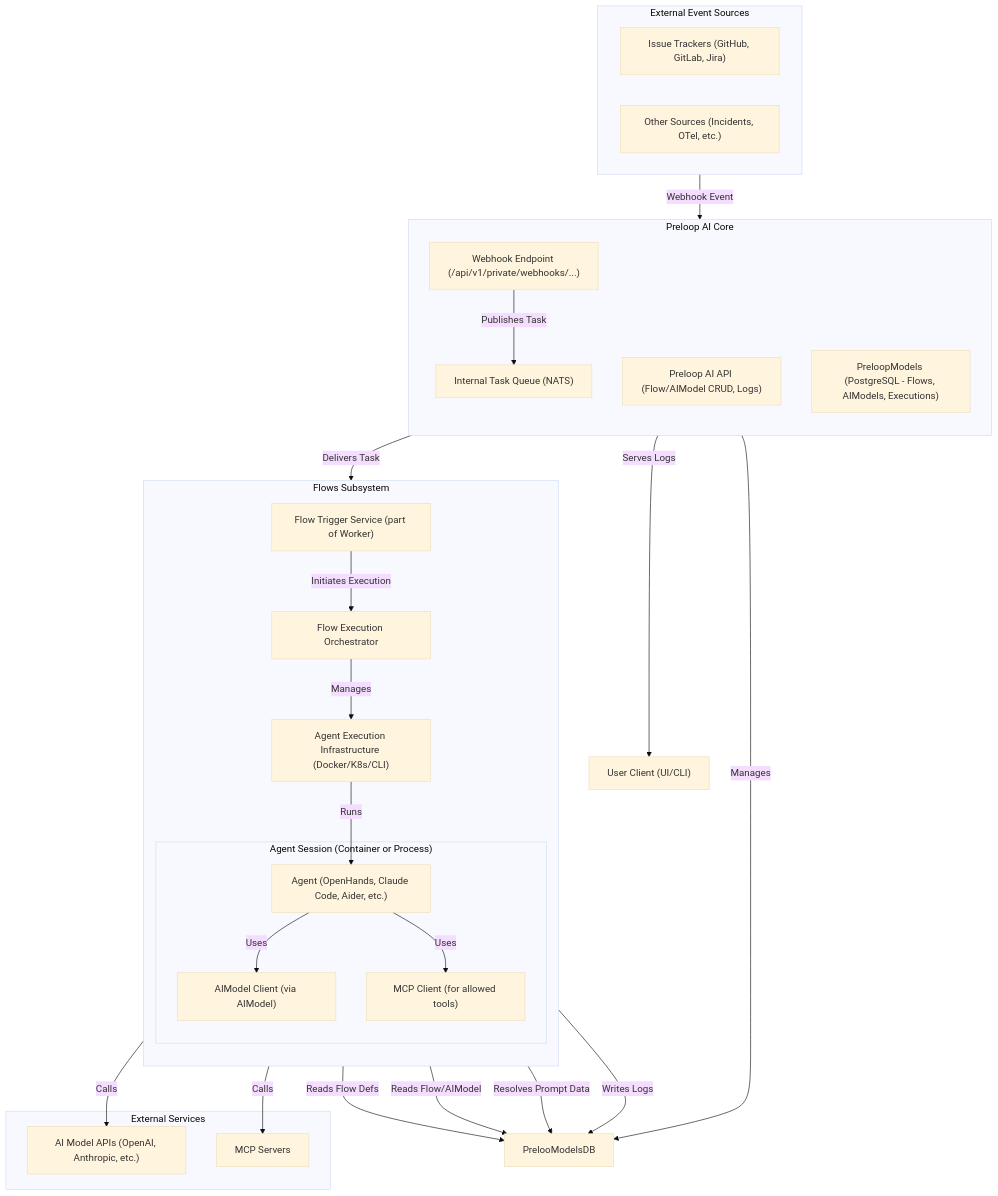
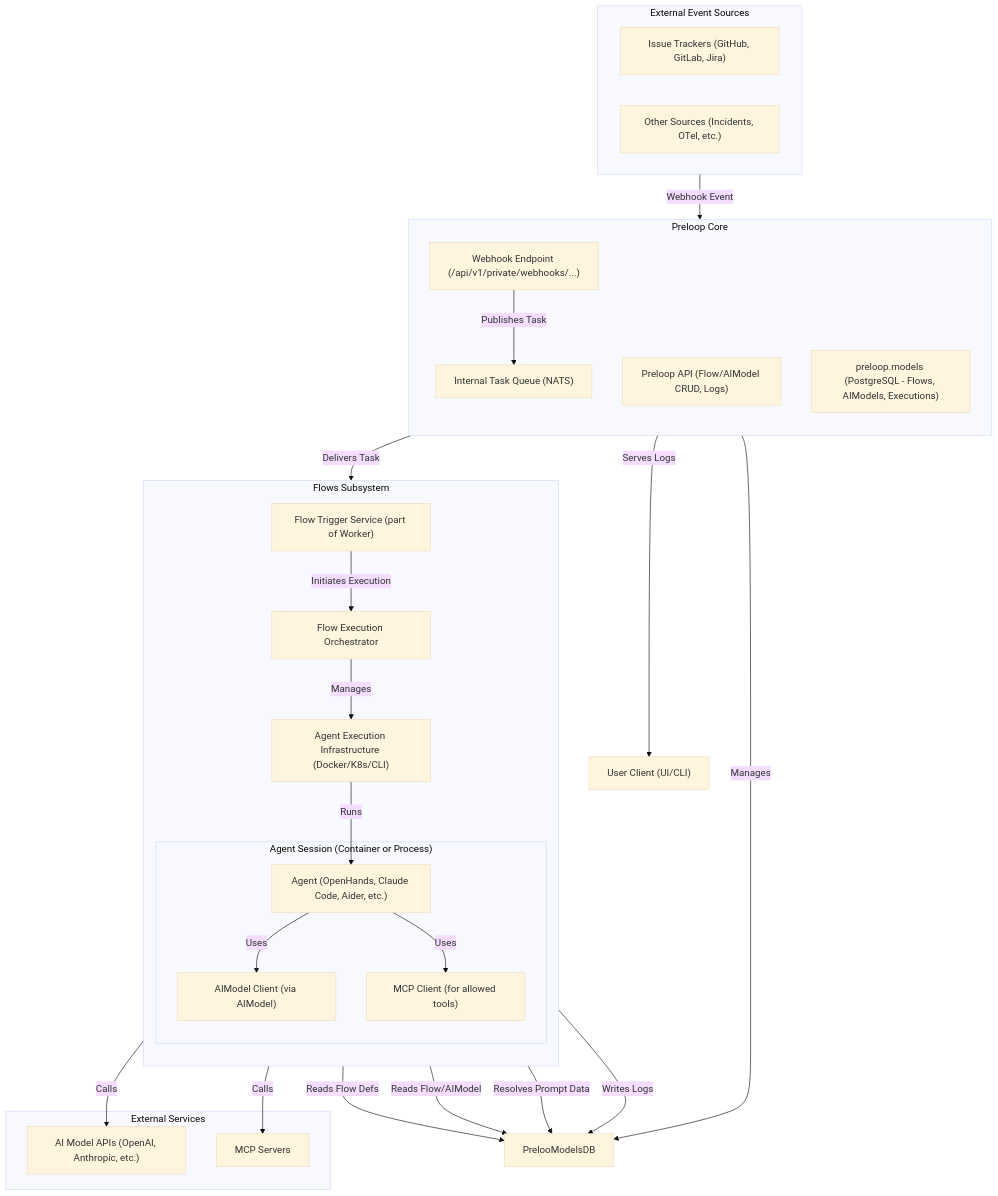
The fourth of 7 diagrams in ARCHITECTURE.md (GiorgosAlexakis/preloop), drawn with Mermaid (base theme) before and after one commit. The commit also changed other lines of this file and 818 other files, not shown here.

````diff
--- a/ARCHITECTURE.md
+++ b/ARCHITECTURE.md
@@ -539,51 +539,51 @@
 ```mermaid
 graph TD
     subgraph "External Event Sources"
         direction LR
         Trackers["Issue Trackers (GitHub, GitLab, Jira)"]
         OtherSources["Other Sources (Incidents, OTel, etc.)"]
     end
 
-    subgraph "Preloop AI Core"
+    subgraph "Preloop Core"
         direction TB
         WebhookEndpoint["Webhook Endpoint (/api/v1/private/webhooks/...)"]
         TaskQueue["Internal Task Queue (NATS)"]
-        APIExt["Preloop AI API (Flow/AIModel CRUD, Logs)"]
-        PreloopModelsDB["PreloopModels (PostgreSQL - Flows, AIModels, Executions)"]
+        APIExt["Preloop API (Flow/AIModel CRUD, Logs)"]
+        preloop.modelsDB["preloop.models (PostgreSQL - Flows, AIModels, Executions)"]
     end
 
     subgraph "Flows Subsystem"
         direction TB
         FlowTriggerService["Flow Trigger Service (part of Worker)"]
         FlowExecOrchestrator["Flow Execution Orchestrator"]
         AgentInfra["Agent Execution Infrastructure (Docker/K8s/CLI)"]
         subgraph "Agent Session (Container or Process)"
             Agent["Agent (OpenHands, Claude Code, Aider, etc.)"]
             AIModelClient["AIModel Client (via AIModel)"]
             MCPClient["MCP Client (for allowed tools)"]
         end
     end
 
     subgraph "External Services"
         AIModelAPIs["AI Model APIs (OpenAI, Anthropic, etc.)"]
         MCPServers["MCP Servers"]
     end
 
     Trackers -- Webhook Event --> WebhookEndpoint
     WebhookEndpoint -- Publishes Task --> TaskQueue
     TaskQueue -- Delivers Task --> FlowTriggerService
     FlowTriggerService -- Reads Flow Defs --> PrelooModelsDB
     FlowTriggerService -- Initiates Execution --> FlowExecOrchestrator
     FlowExecOrchestrator -- Reads Flow/AIModel --> PrelooModelsDB
     FlowExecOrchestrator -- Resolves Prompt Data --> PrelooModelsDB
     FlowExecOrchestrator -- Manages --> AgentInfra
     AgentInfra -- Runs --> Agent
     Agent -- Uses --> AIModelClient
     AIModelClient -- Calls --> AIModelAPIs
     Agent -- Uses --> MCPClient
     MCPClient -- Calls --> MCPServers
     FlowExecOrchestrator -- Writes Logs --> PrelooModelsDB
     APIExt -- Manages --> PrelooModelsDB
     APIExt -- Serves Logs --> UserClient["User Client (UI/CLI)"]
 
 ```
````
